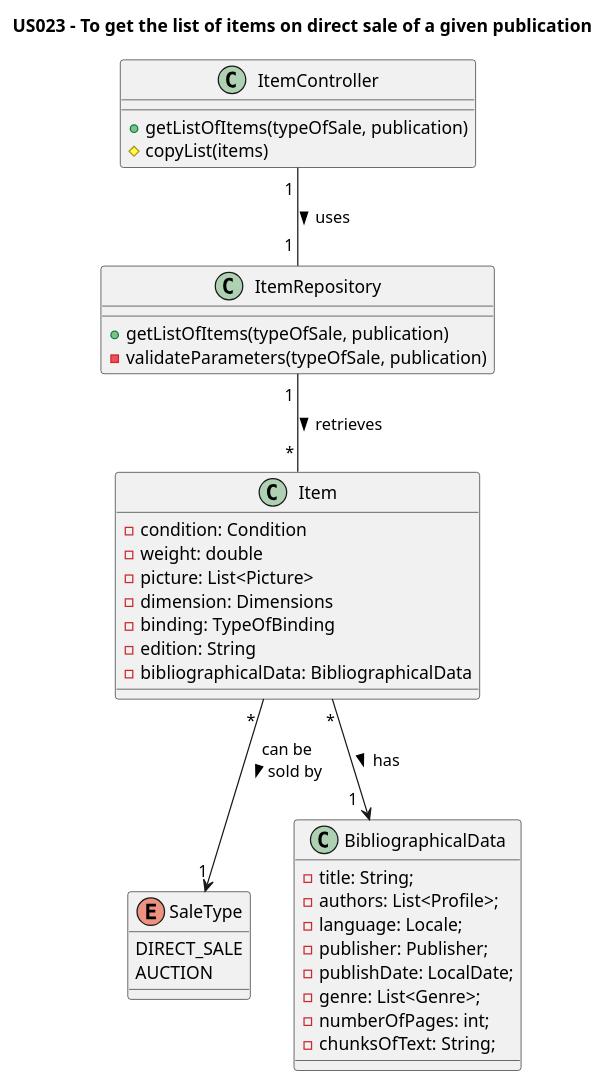
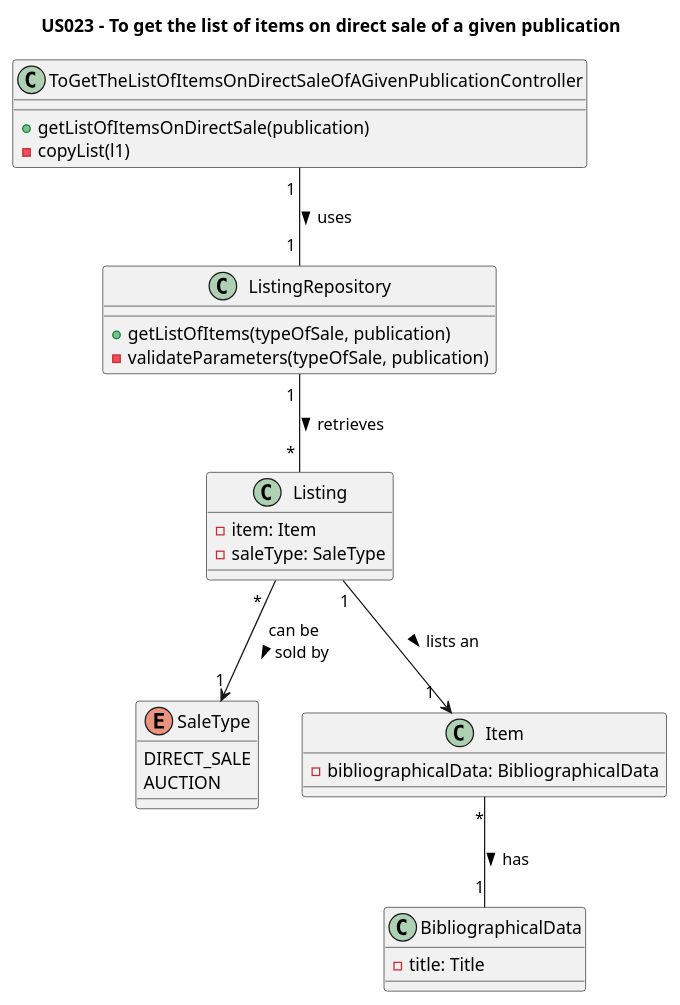
One commit to AndrePereiraGitH/SWitCH-Project-Team_A changed the diagram in Diagrams/ClassDiagrams/US023-to-get-the-list-of-items-on-direct-sale-of-a-given-publication.puml. Above: the diagram before and after it, drawn with PlantUML. The commit also changed 1 other file, not shown here.

```diff
--- a/Diagrams/ClassDiagrams/US023-to-get-the-list-of-items-on-direct-sale-of-a-given-publication.puml
+++ b/Diagrams/ClassDiagrams/US023-to-get-the-list-of-items-on-direct-sale-of-a-given-publication.puml
@@ -1,48 +1,41 @@
 @startuml
 title US023 - To get the list of items on direct sale of a given publication
 
-class ItemController {
-  +getListOfItems(typeOfSale, publication)
-  #copyList(items)
+class ToGetTheListOfItemsOnDirectSaleOfAGivenPublicationController {
+  +getListOfItemsOnDirectSale(publication)
+  -copyList(l1)
 }
 
-class ItemRepository {
+class ListingRepository {
   +getListOfItems(typeOfSale, publication)
   ' -convertStringToEnum(typeOfSale, publication)
   -validateParameters(typeOfSale, publication)
 }
 
-class Item {
-  - condition: Condition
-  - weight: double
-  - picture: List<Picture>
-  - dimension: Dimensions
-  - binding: TypeOfBinding
-  - edition: String
-  - bibliographicalData: BibliographicalData
+class Listing {
+  - item: Item
+  - saleType: SaleType
 }
 
 enum SaleType {
     DIRECT_SALE
     AUCTION
 }
 
+class Item {
+    - bibliographicalData: BibliographicalData
+}
+
 class BibliographicalData {
-    - title: String;
-    - authors: List<Profile>;
-    - language: Locale;
-    - publisher: Publisher;
-    - publishDate: LocalDate;
-    - genre: List<Genre>;
-    - numberOfPages: int;
-    - chunksOfText: String;
+    - title: Title
 }
 
 ' Interactions
 
-ItemController  "1 " -- "1 " ItemRepository : uses >
-ItemRepository "1 " -- " * " Item : retrieves >
-Item "                                *" --> "1" SaleType : can be\nsold by >
-Item "*"--> "1  " BibliographicalData : has >
+ToGetTheListOfItemsOnDirectSaleOfAGivenPublicationController  "1 " -- "1 " ListingRepository : uses >
+ListingRepository "1 " -- " * " Listing : retrieves >
+Listing "                                *" --> "1" SaleType : can be\nsold by >
+Listing "1"--> "1  " Item : lists an >
+Item "*" -- "1" BibliographicalData: has >
 
 @enduml
```
